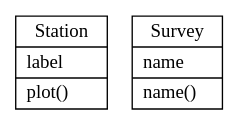
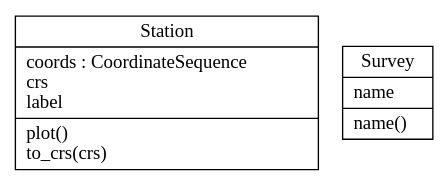
Before and after one commit to kaufmanno/BootsOff: the diagram in docs/source/uml/classes_uml_bootsoff.dot, drawn with Graphviz. The commit also changed 3 other files, not shown here.

```diff
--- a/docs/source/uml/classes_uml_bootsoff.dot
+++ b/docs/source/uml/classes_uml_bootsoff.dot
@@ -1,6 +1,6 @@
 digraph "classes_uml_bootsoff" {
 charset="utf-8"
 rankdir=BT
-"0" [label="{Station|label\l|plot()\l}", shape="record"];
+"0" [label="{Station|coords : CoordinateSequence\lcrs\llabel\l|plot()\lto_crs(crs)\l}", shape="record"];
 "1" [label="{Survey|name\l|name()\l}", shape="record"];
 }
```
